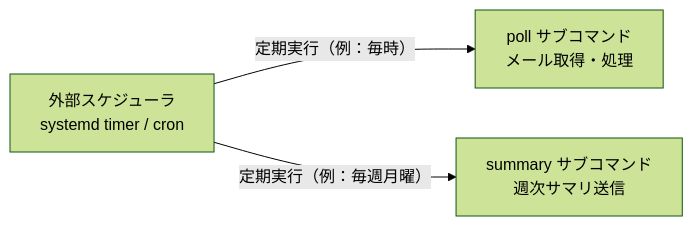
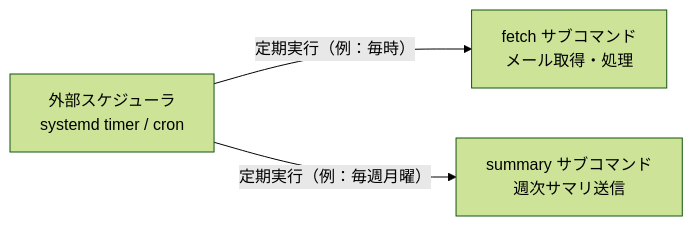
One commit to isseis/tlsrpt-digest changed the second of 2 diagrams in docs/overview.ja.md. Above: the diagram before and after it, drawn with Mermaid (forest theme). The commit also changed other lines of this file and 2 other files, not shown here.

Commit message:
docs(0070): rename task and subcommand to reflect one-shot execution model
- Rename task directory: 0070_main_loop → 0070_entrypoint
  (the task defines an entrypoint with subcommands, not a main loop)
- Rename subcommand: poll → fetch
  (cron/systemd triggers execution; the command fetches emails once
  and exits — "poll" implies continuous polling which no longer applies)
- Rename flag: --refetch-since → --since (shorter, natural with fetch)
- Update all references in 0070 requirements, overview.ja.md, overview.md

````diff
--- a/docs/overview.ja.md
+++ b/docs/overview.ja.md
@@ -50,9 +50,9 @@
 ```mermaid
 flowchart LR
     S["外部スケジューラ<br>systemd timer / cron"]
-    Poll["poll サブコマンド<br>メール取得・処理"]
+    Poll["fetch サブコマンド<br>メール取得・処理"]
     Summary["summary サブコマンド<br>週次サマリ送信"]
 
     S -->|"定期実行（例：毎時）"| Poll
     S -->|"定期実行（例：毎週月曜）"| Summary
 ```
````
